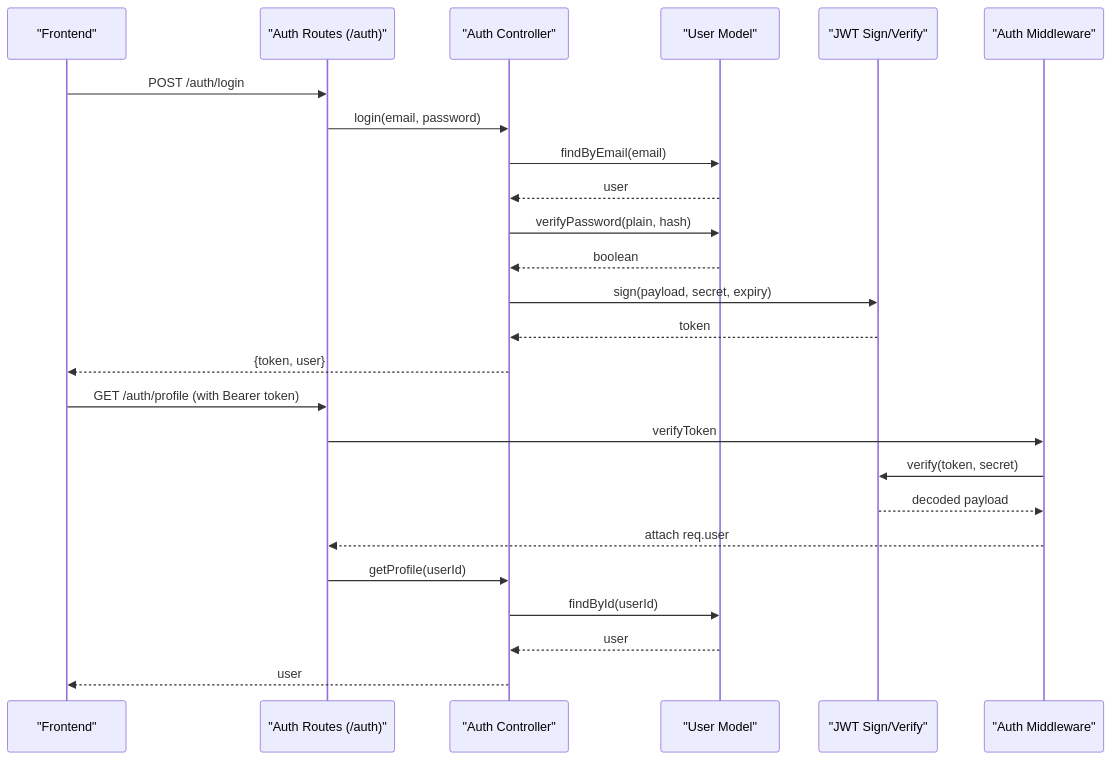
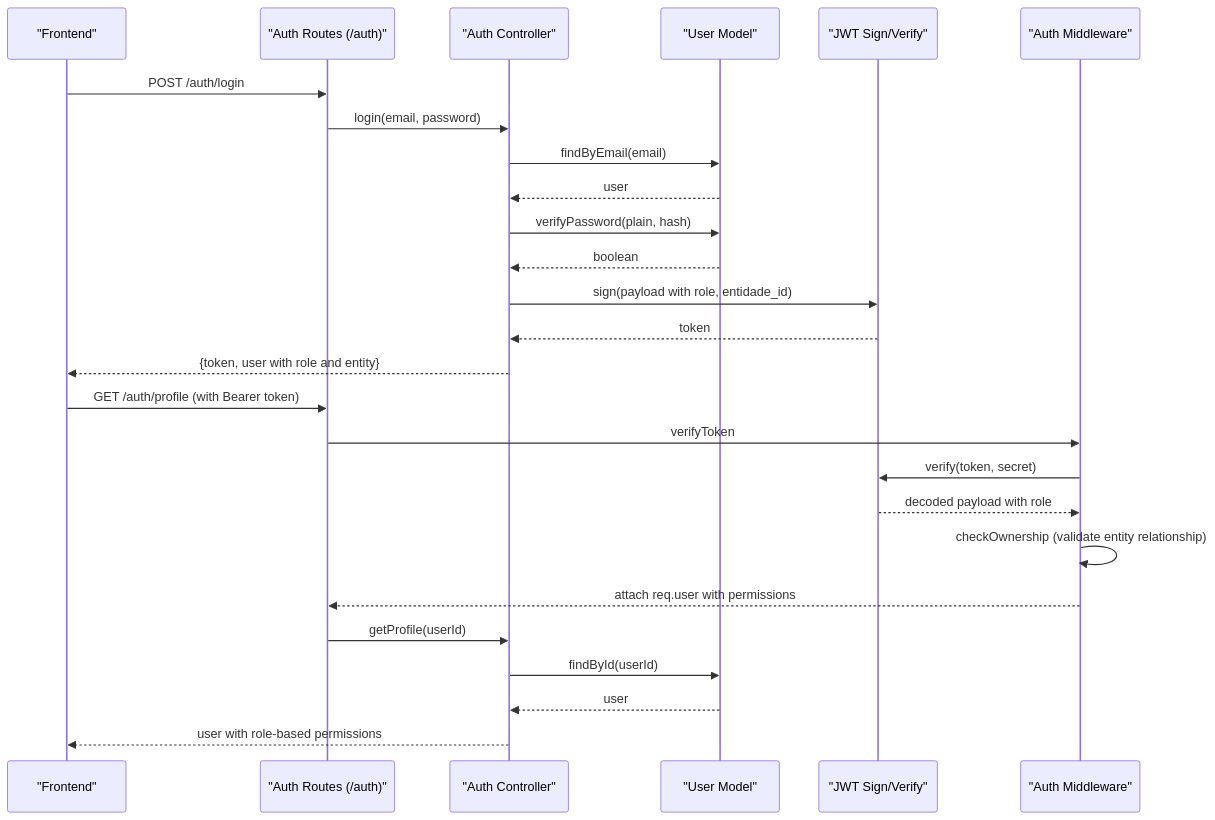
One commit to luiseduacosta/nodemural changed the second of 10 diagrams in .qoder/repowiki/en/content/Authentication & Authorization System/Authentication & Authorization System.md. Above: the diagram before and after it, drawn with Mermaid. The commit also changed other lines of this file and 27 other files, not shown here.

````diff
--- a/.qoder/repowiki/en/content/Authentication & Authorization System/Authentication & Authorization System.md
+++ b/.qoder/repowiki/en/content/Authentication & Authorization System/Authentication & Authorization System.md
@@ -105,27 +127,28 @@
 ```mermaid
 sequenceDiagram
 participant FE as "Frontend"
 participant AuthRoute as "Auth Routes (/auth)"
 participant AuthCtrl as "Auth Controller"
 participant UserModel as "User Model"
 participant JWT as "JWT Sign/Verify"
 participant MW as "Auth Middleware"
 FE->>AuthRoute : POST /auth/login
 AuthRoute->>AuthCtrl : login(email, password)
 AuthCtrl->>UserModel : findByEmail(email)
 UserModel-->>AuthCtrl : user
 AuthCtrl->>UserModel : verifyPassword(plain, hash)
 UserModel-->>AuthCtrl : boolean
-AuthCtrl->>JWT : sign(payload, secret, expiry)
+AuthCtrl->>JWT : sign(payload with role, entidade_id)
 JWT-->>AuthCtrl : token
-AuthCtrl-->>FE : {token, user}
+AuthCtrl-->>FE : {token, user with role and entity}
 FE->>AuthRoute : GET /auth/profile (with Bearer token)
 AuthRoute->>MW : verifyToken
 MW->>JWT : verify(token, secret)
-JWT-->>MW : decoded payload
-MW-->>AuthRoute : attach req.user
+JWT-->>MW : decoded payload with role
+MW->>MW : checkOwnership (validate entity relationship)
+MW-->>AuthRoute : attach req.user with permissions
 AuthRoute->>AuthCtrl : getProfile(userId)
 AuthCtrl->>UserModel : findById(userId)
 UserModel-->>AuthCtrl : user
-AuthCtrl-->>FE : user
+AuthCtrl-->>FE : user with role-based permissions
 ```
````
